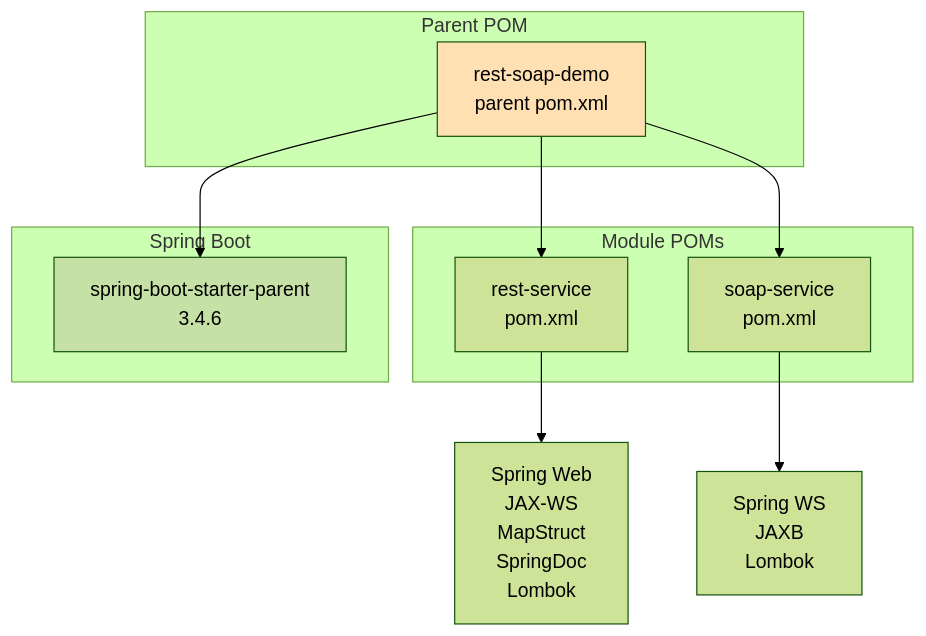
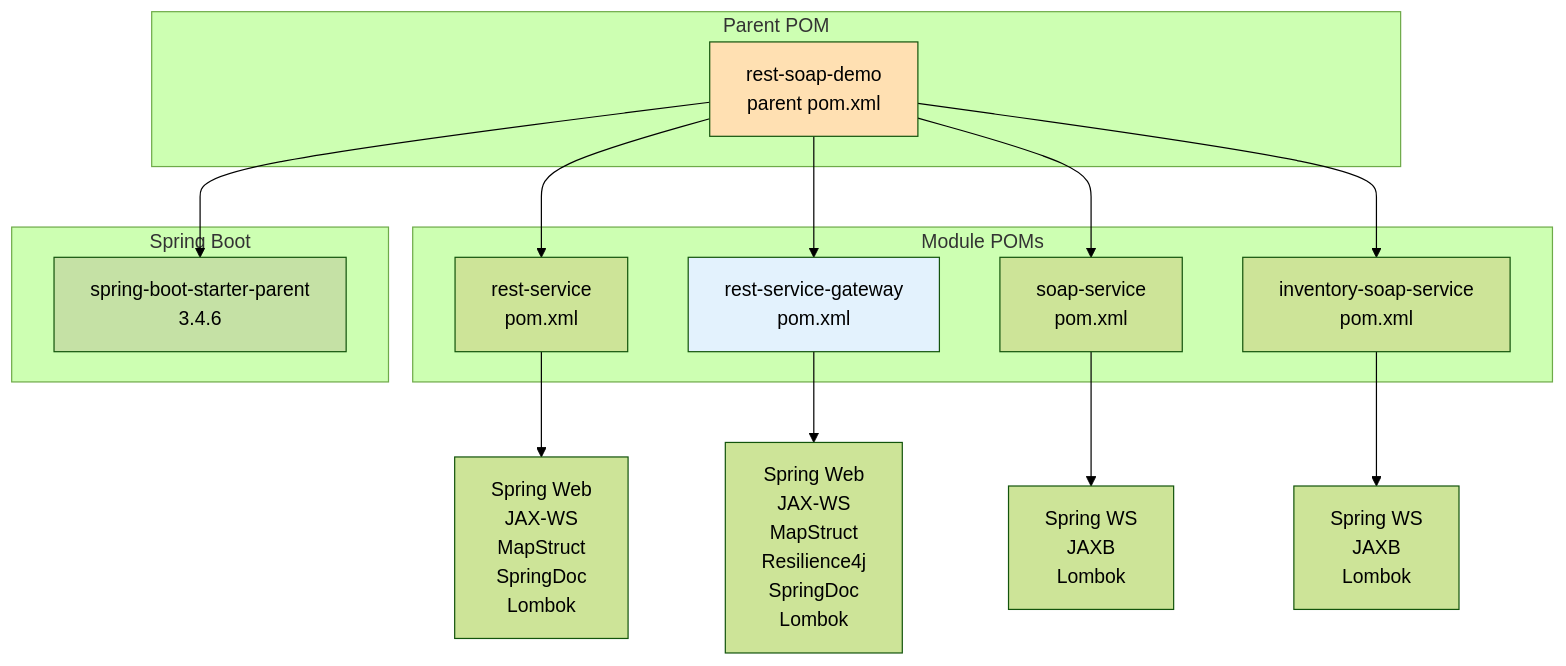
Before and after one commit to thuongtlh/soap-demo: the fifth of 7 diagrams in docs/technology-stack.md, drawn with Mermaid (forest theme). The commit also changed other lines of this file and 4 other files, not shown here.

Commit message:
Update docs folder to include new services (inventory-soap-service and rest-service-gateway)

````diff
--- a/docs/technology-stack.md
+++ b/docs/technology-stack.md
@@ -201,25 +201,32 @@
 ```mermaid
 graph TB
     subgraph "Parent POM"
         ParentPOM[rest-soap-demo<br/>parent pom.xml]
     end
     
     subgraph "Module POMs"
         RestPOM[rest-service<br/>pom.xml]
+        GatewayPOM[rest-service-gateway<br/>pom.xml]
         SoapPOM[soap-service<br/>pom.xml]
+        InventoryPOM[inventory-soap-service<br/>pom.xml]
     end
     
     subgraph "Spring Boot"
         SpringBootParent[spring-boot-starter-parent<br/>3.4.6]
     end
     
     ParentPOM --> RestPOM
+    ParentPOM --> GatewayPOM
     ParentPOM --> SoapPOM
+    ParentPOM --> InventoryPOM
     ParentPOM --> SpringBootParent
     
     RestPOM --> RestDeps[Spring Web<br/>JAX-WS<br/>MapStruct<br/>SpringDoc<br/>Lombok]
+    GatewayPOM --> GatewayDeps[Spring Web<br/>JAX-WS<br/>MapStruct<br/>Resilience4j<br/>SpringDoc<br/>Lombok]
     SoapPOM --> SoapDeps[Spring WS<br/>JAXB<br/>Lombok]
+    InventoryPOM --> InventoryDeps[Spring WS<br/>JAXB<br/>Lombok]
     
     style ParentPOM fill:#FFE0B2
     style SpringBootParent fill:#C5E1A5
+    style GatewayPOM fill:#E3F2FD
 ```
````
